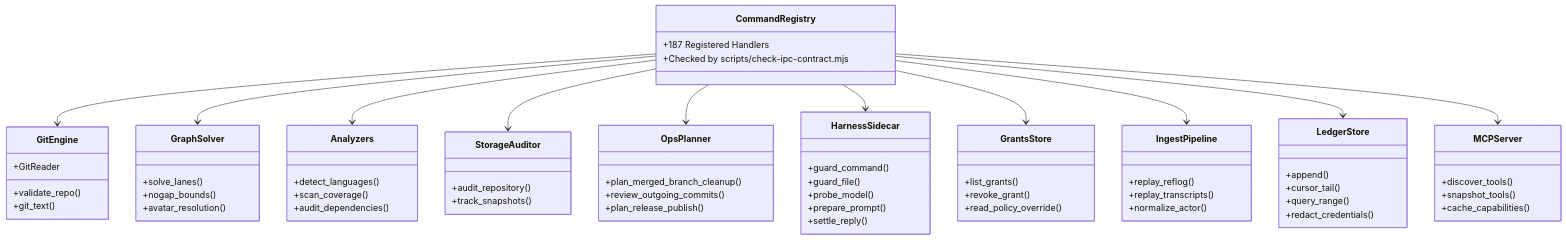
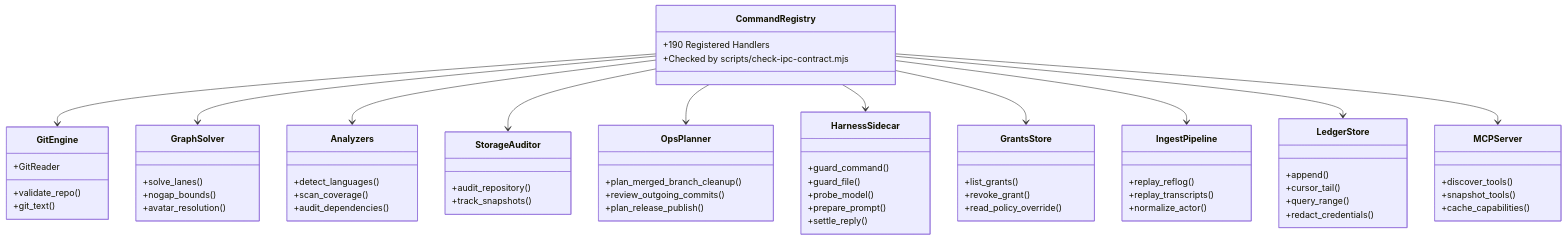
One commit to bharathvbcr/GitPulse changed the third of 4 diagrams in docs/ARCHITECTURE.md. Above: the diagram before and after it, drawn with Mermaid. The commit also changed other lines of this file and 90 other files, not shown here.

````diff
--- a/docs/ARCHITECTURE.md
+++ b/docs/ARCHITECTURE.md
@@ -150,70 +150,70 @@
 ```mermaid
 classDiagram
     class CommandRegistry {
-        +187 Registered Handlers
+        +190 Registered Handlers
         +Checked by scripts/check-ipc-contract.mjs
     }
     class GitEngine {
         +validate_repo()
         +git_text()
         +GitReader
     }
     class GraphSolver {
         +solve_lanes()
         +nogap_bounds()
         +avatar_resolution()
     }
     class Analyzers {
         +detect_languages()
         +scan_coverage()
         +audit_dependencies()
     }
     class StorageAuditor {
         +audit_repository()
         +track_snapshots()
     }
     class GrantsStore {
         +list_grants()
         +revoke_grant()
         +read_policy_override()
     }
     class IngestPipeline {
         +replay_reflog()
         +replay_transcripts()
         +normalize_actor()
     }
     class LedgerStore {
         +append()
         +cursor_tail()
         +query_range()
         +redact_credentials()
     }
     class OpsPlanner {
         +plan_merged_branch_cleanup()
         +review_outgoing_commits()
         +plan_release_publish()
     }
     class MCPServer {
         +discover_tools()
         +snapshot_tools()
         +cache_capabilities()
     }
     class HarnessSidecar {
         +guard_command()
         +guard_file()
         +probe_model()
         +prepare_prompt()
         +settle_reply()
     }
 
     CommandRegistry --> GitEngine
     CommandRegistry --> GraphSolver
     CommandRegistry --> Analyzers
     CommandRegistry --> StorageAuditor
     CommandRegistry --> OpsPlanner
     CommandRegistry --> HarnessSidecar
     CommandRegistry --> GrantsStore
     CommandRegistry --> IngestPipeline
     CommandRegistry --> LedgerStore
     CommandRegistry --> MCPServer
 ```
````
